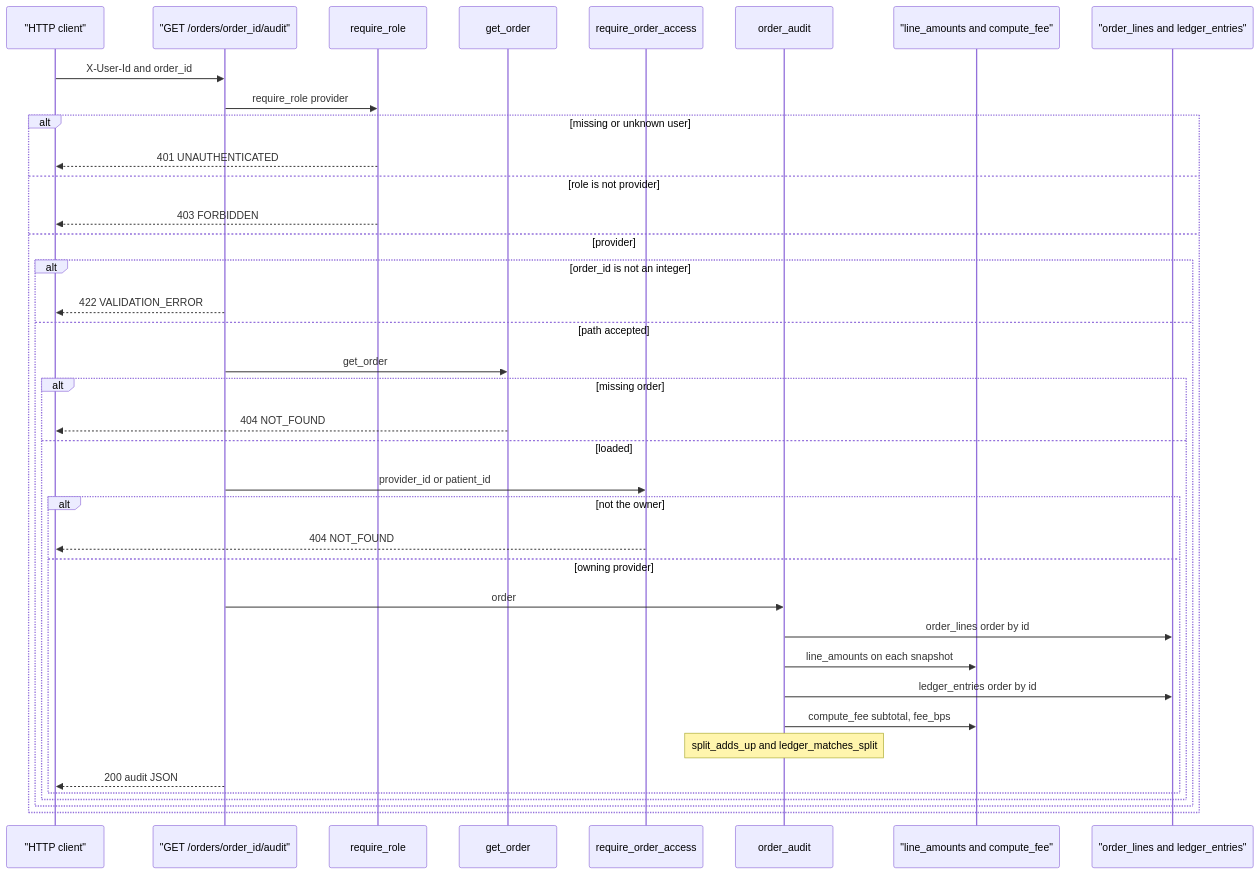
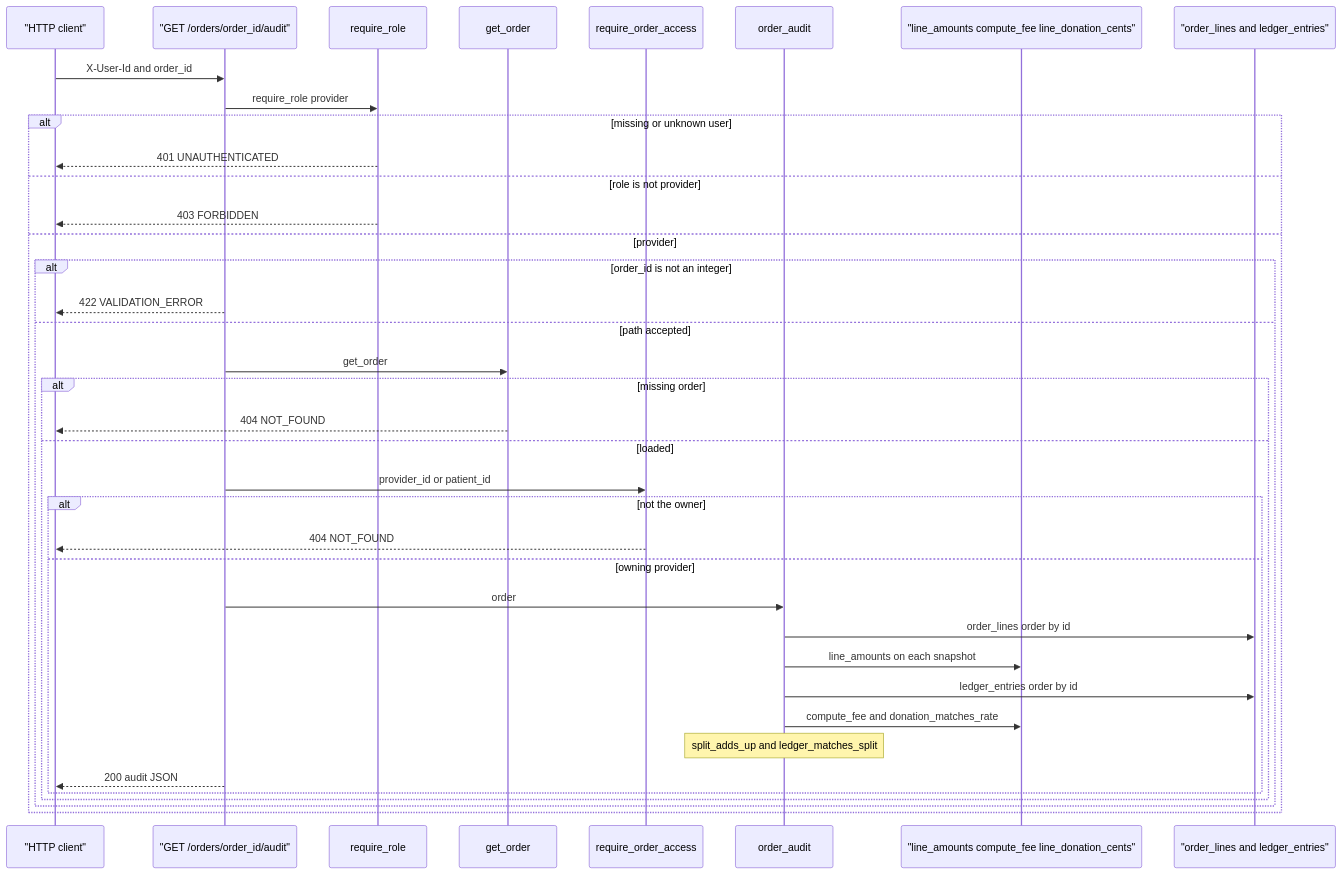
Before and after one commit to drtclem/cerbo_wk1: the second of 2 diagrams in docs/diagrams/flows/reporting.md, drawn with Mermaid. The commit also changed other lines of this file and 46 other files, not shown here.

````diff
--- a/docs/diagrams/flows/reporting.md
+++ b/docs/diagrams/flows/reporting.md
@@ -58,41 +58,41 @@
 ```mermaid
 sequenceDiagram
   participant Client as "HTTP client"
   participant Route as "GET /orders/order_id/audit"
   participant Auth as require_role
   participant Orders as get_order
   participant Access as require_order_access
   participant Svc as order_audit
-  participant Money as "line_amounts and compute_fee"
+  participant Money as "line_amounts compute_fee line_donation_cents"
   participant Db as "order_lines and ledger_entries"
 
   Client->>Route: X-User-Id and order_id
   Route->>Auth: require_role provider
   alt missing or unknown user
     Auth-->>Client: 401 UNAUTHENTICATED
   else role is not provider
     Auth-->>Client: 403 FORBIDDEN
   else provider
     alt order_id is not an integer
       Route-->>Client: 422 VALIDATION_ERROR
     else path accepted
       Route->>Orders: get_order
       alt missing order
         Orders-->>Client: 404 NOT_FOUND
       else loaded
         Route->>Access: provider_id or patient_id
         alt not the owner
           Access-->>Client: 404 NOT_FOUND
         else owning provider
           Route->>Svc: order
           Svc->>Db: order_lines order by id
           Svc->>Money: line_amounts on each snapshot
           Svc->>Db: ledger_entries order by id
-          Svc->>Money: compute_fee subtotal, fee_bps
+          Svc->>Money: compute_fee and donation_matches_rate
           Note over Svc: split_adds_up and ledger_matches_split
           Route-->>Client: 200 audit JSON
         end
       end
     end
   end
 ```
````
